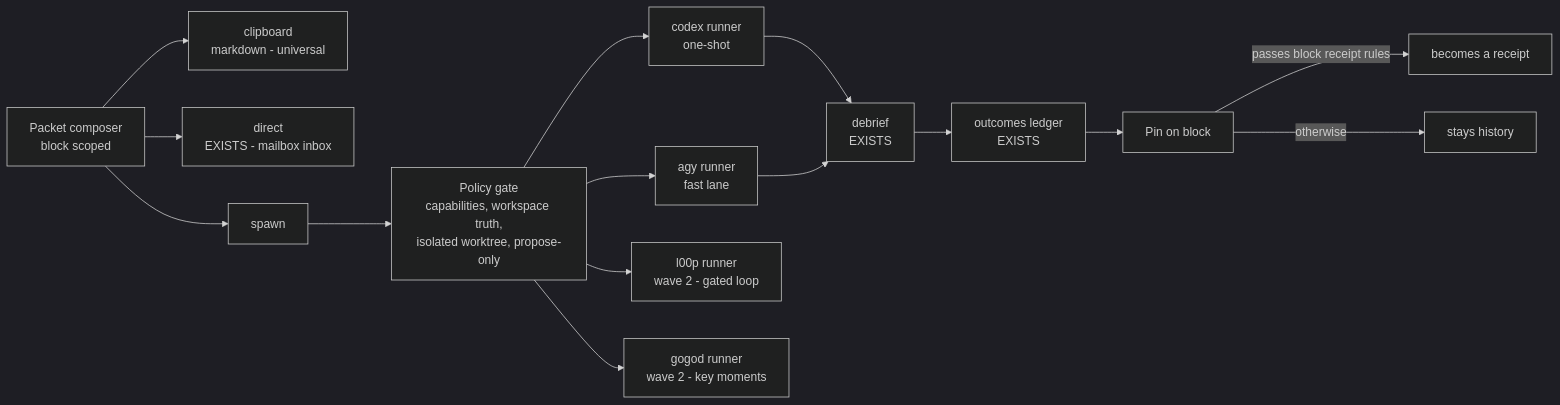
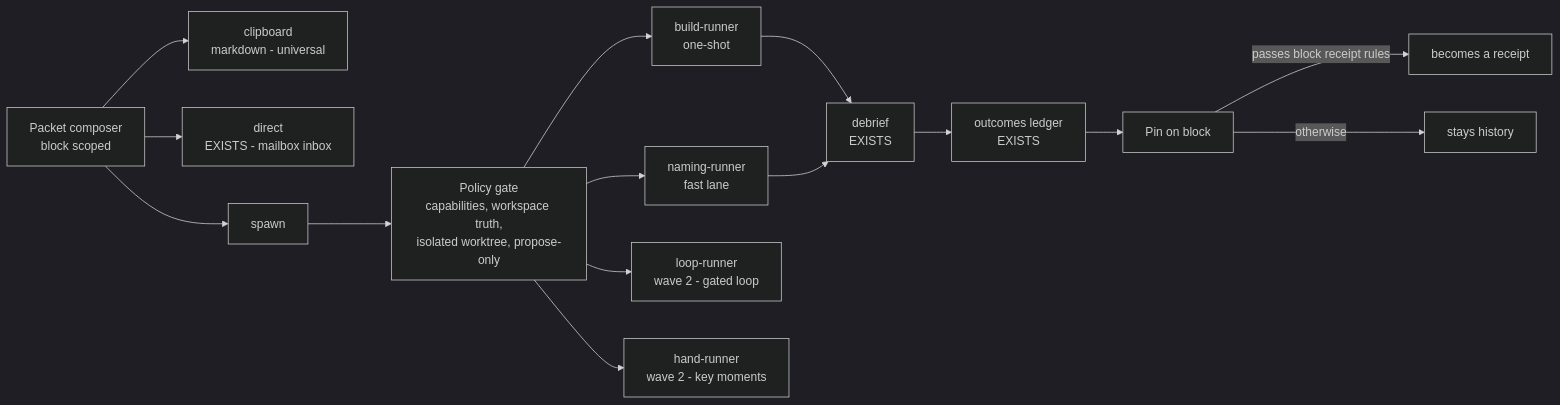
Before and after one commit to maxkle1nz/m1nd: the seventh of 20 diagrams in docs/HUMAN-VIEW-V2-UML.md, drawn with Mermaid (dark theme). The commit also changed other lines of this file and 2 other files, not shown here.

Commit message:
docs: neutralise private orchestration labels — runners are pluggable by capability (review #13)
The runner layer is described by CAPABILITY (build / naming / loop /
review / hand), filled by whatever local agent the operator configures.
The owner's current private stack is no longer named in the public docs;
a forward note records that these runner roles are slated to become
first-class m1nd runners over time. Public connectable products (Codex,
Claude Code, Gemini CLI, Cursor, Local Model) remain as example agents,
as in the owner's mockups. Closes the last of the second review's 15
required changes; the toolTypes 'unprovable' fix stays as code pre-work.

````diff
--- a/docs/HUMAN-VIEW-V2-UML.md
+++ b/docs/HUMAN-VIEW-V2-UML.md
@@ -151,17 +151,17 @@
 ```mermaid
 flowchart LR
     CMP["Packet composer<br/>block scoped"] --> M1["clipboard<br/>markdown - universal"]
     CMP --> M2["direct<br/>EXISTS - mailbox inbox"]
     CMP --> M3["spawn"]
     M3 --> POL["Policy gate<br/>capabilities, workspace truth,<br/>isolated worktree, propose-only"]
-    POL --> RC["codex runner<br/>one-shot"]
-    POL --> RA["agy runner<br/>fast lane"]
-    POL --> RL["l00p runner<br/>wave 2 - gated loop"]
-    POL --> RG["gogod runner<br/>wave 2 - key moments"]
+    POL --> RC["build-runner<br/>one-shot"]
+    POL --> RA["naming-runner<br/>fast lane"]
+    POL --> RL["loop-runner<br/>wave 2 - gated loop"]
+    POL --> RG["hand-runner<br/>wave 2 - key moments"]
     RC --> DB["debrief<br/>EXISTS"]
     RA --> DB
     DB --> LG["outcomes ledger<br/>EXISTS"]
     LG --> PN["Pin on block"]
     PN -->|passes block receipt rules| RCPT["becomes a receipt"]
     PN -->|otherwise| HIST["stays history"]
 ```
````
